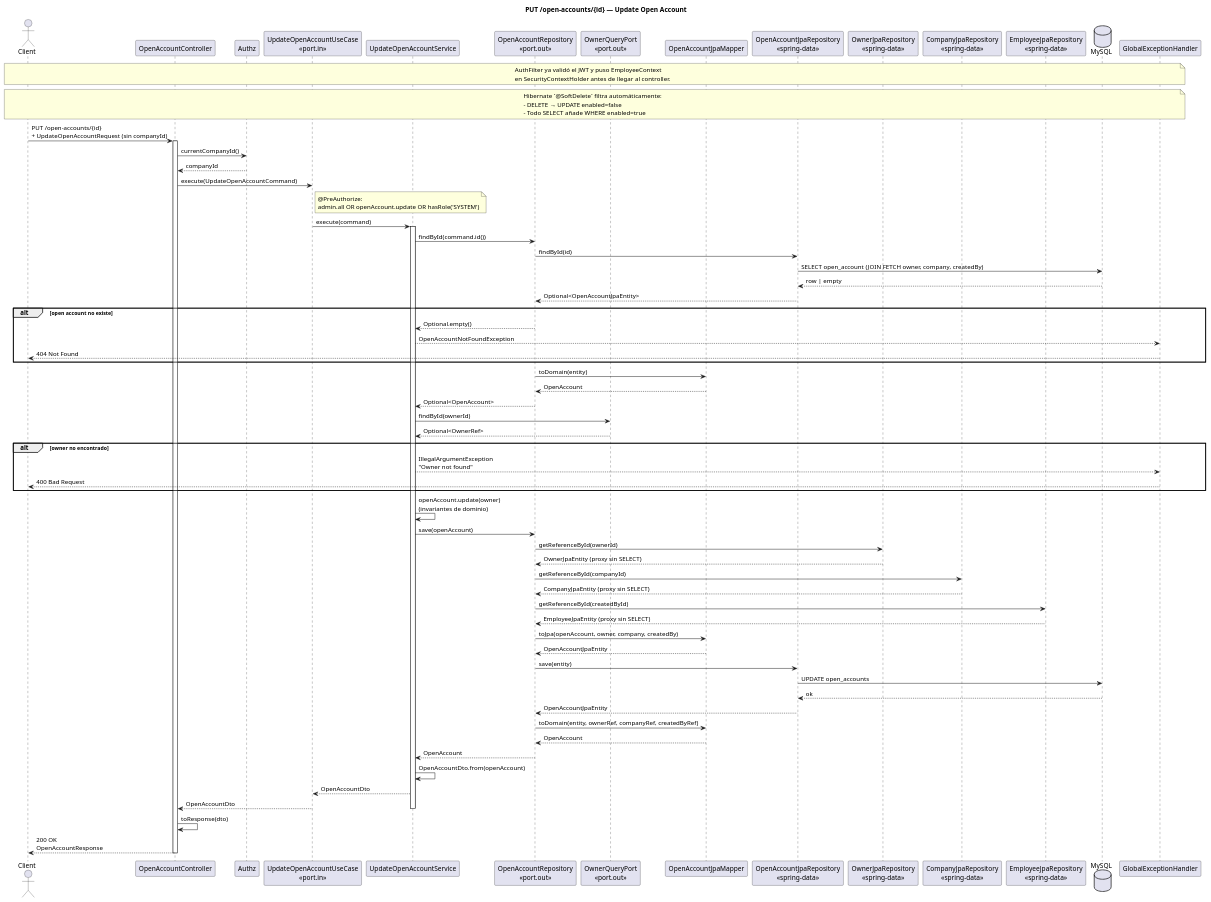
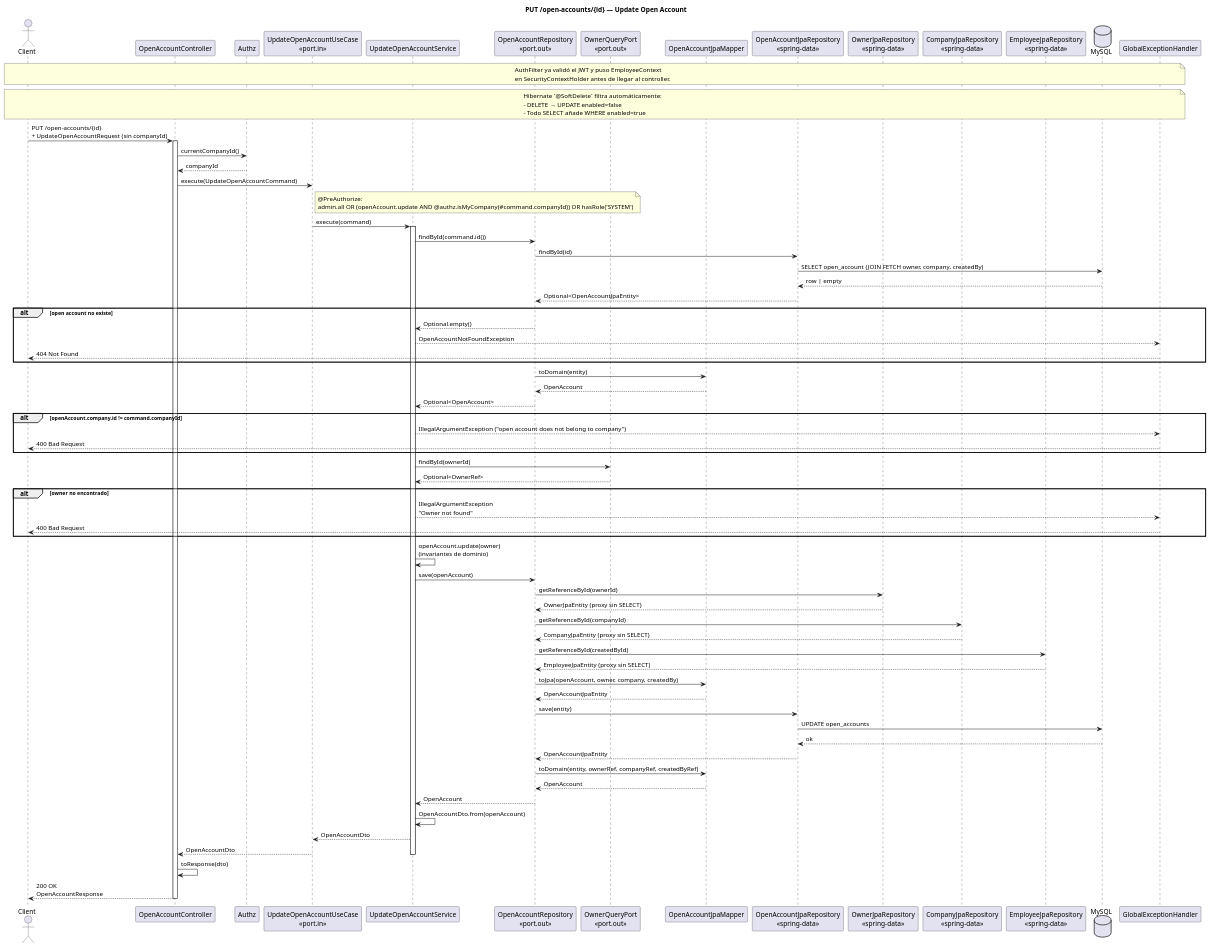
One commit to kefaroTech/vetsoftware-backend changed the diagram in uml/sequenceDiagram/openaccount/update.puml. Above: the diagram before and after it, drawn with PlantUML. The commit also changed 54 other files, not shown here.

Commit message:
:lock: feat(open-account): exige isMyCompany en delete/reactivate/changeStatus y cargos

```diff
--- a/uml/sequenceDiagram/openaccount/update.puml
+++ b/uml/sequenceDiagram/openaccount/update.puml
@@ -1,94 +1,98 @@
 @startuml open_account_update
 title PUT /open-accounts/{id} — Update Open Account
 
 actor Client
 participant "OpenAccountController" as Controller
 participant "Authz" as Authz
 participant "UpdateOpenAccountUseCase\n<<port.in>>" as UseCase
 participant "UpdateOpenAccountService" as Service
 participant "OpenAccountRepository\n<<port.out>>" as Repo
 participant "OwnerQueryPort\n<<port.out>>" as OwnerQP
 participant "OpenAccountJpaMapper" as Mapper
 participant "OpenAccountJpaRepository\n<<spring-data>>" as JpaRepo
 participant "OwnerJpaRepository\n<<spring-data>>" as OwnerJpa
 participant "CompanyJpaRepository\n<<spring-data>>" as CompanyJpa
 participant "EmployeeJpaRepository\n<<spring-data>>" as EmployeeJpa
 database "MySQL" as DB
 participant "GlobalExceptionHandler" as GEH
 
 note over Client, GEH
   AuthFilter ya validó el JWT y puso EmployeeContext
   en SecurityContextHolder antes de llegar al controller.
 end note
 
 note over Client, GEH
   Hibernate `@SoftDelete` filtra automáticamente:
   - DELETE → UPDATE enabled=false
   - Todo SELECT añade WHERE enabled=true
 end note
 
 Client -> Controller : PUT /open-accounts/{id}\n+ UpdateOpenAccountRequest (sin companyId)
 activate Controller
 
 Controller -> Authz : currentCompanyId()
 Authz --> Controller : companyId
 
 Controller -> UseCase : execute(UpdateOpenAccountCommand)
 note right of UseCase
   @PreAuthorize:
-  admin.all OR openAccount.update OR hasRole('SYSTEM')
+  admin.all OR (openAccount.update AND @authz.isMyCompany(#command.companyId)) OR hasRole('SYSTEM')
 end note
 
 UseCase -> Service : execute(command)
 activate Service
 
 Service -> Repo : findById(command.id())
 Repo -> JpaRepo : findById(id)
 JpaRepo -> DB : SELECT open_account (JOIN FETCH owner, company, createdBy)
 DB --> JpaRepo : row | empty
 JpaRepo --> Repo : Optional<OpenAccountJpaEntity>
 alt open account no existe
   Repo --> Service : Optional.empty()
   Service --> GEH : OpenAccountNotFoundException
   GEH --> Client : 404 Not Found
 end
 Repo -> Mapper : toDomain(entity)
 Mapper --> Repo : OpenAccount
 Repo --> Service : Optional<OpenAccount>
+alt openAccount.company.id != command.companyId
+  Service --> GEH : IllegalArgumentException ("open account does not belong to company")
+  GEH --> Client : 400 Bad Request
+end
 
 Service -> OwnerQP : findById(ownerId)
 OwnerQP --> Service : Optional<OwnerRef>
 alt owner no encontrado
   Service --> GEH : IllegalArgumentException\n"Owner not found"
   GEH --> Client : 400 Bad Request
 end
 
 Service -> Service : openAccount.update(owner)\n(invariantes de dominio)
 
 Service -> Repo : save(openAccount)
 Repo -> OwnerJpa : getReferenceById(ownerId)
 OwnerJpa --> Repo : OwnerJpaEntity (proxy sin SELECT)
 Repo -> CompanyJpa : getReferenceById(companyId)
 CompanyJpa --> Repo : CompanyJpaEntity (proxy sin SELECT)
 Repo -> EmployeeJpa : getReferenceById(createdById)
 EmployeeJpa --> Repo : EmployeeJpaEntity (proxy sin SELECT)
 Repo -> Mapper : toJpa(openAccount, owner, company, createdBy)
 Mapper --> Repo : OpenAccountJpaEntity
 Repo -> JpaRepo : save(entity)
 JpaRepo -> DB : UPDATE open_accounts
 DB --> JpaRepo : ok
 JpaRepo --> Repo : OpenAccountJpaEntity
 Repo -> Mapper : toDomain(entity, ownerRef, companyRef, createdByRef)
 Mapper --> Repo : OpenAccount
 Repo --> Service : OpenAccount
 
 Service -> Service : OpenAccountDto.from(openAccount)
 Service --> UseCase : OpenAccountDto
 UseCase --> Controller : OpenAccountDto
 deactivate Service
 
 Controller -> Controller : toResponse(dto)
 Controller --> Client : 200 OK\nOpenAccountResponse
 deactivate Controller
 
 @enduml
```
